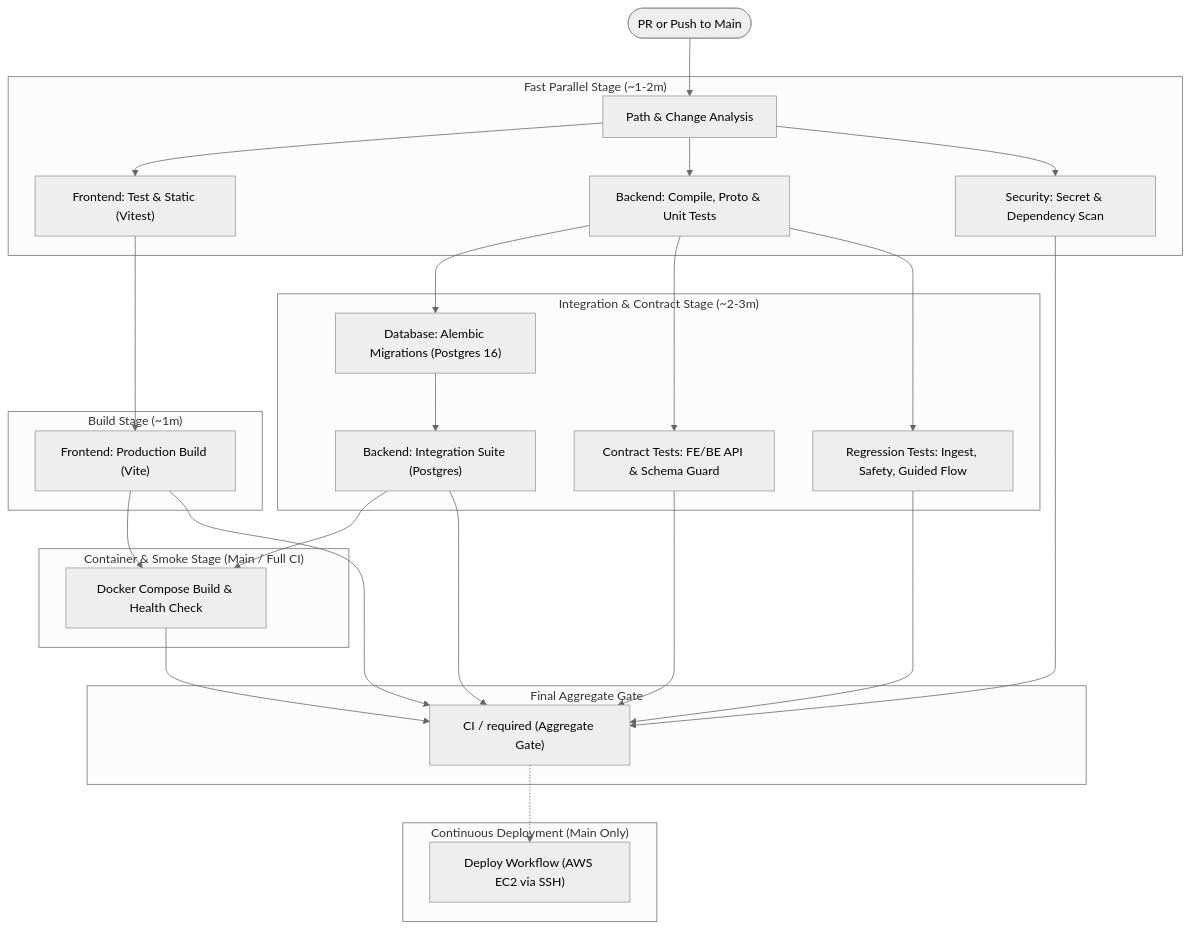
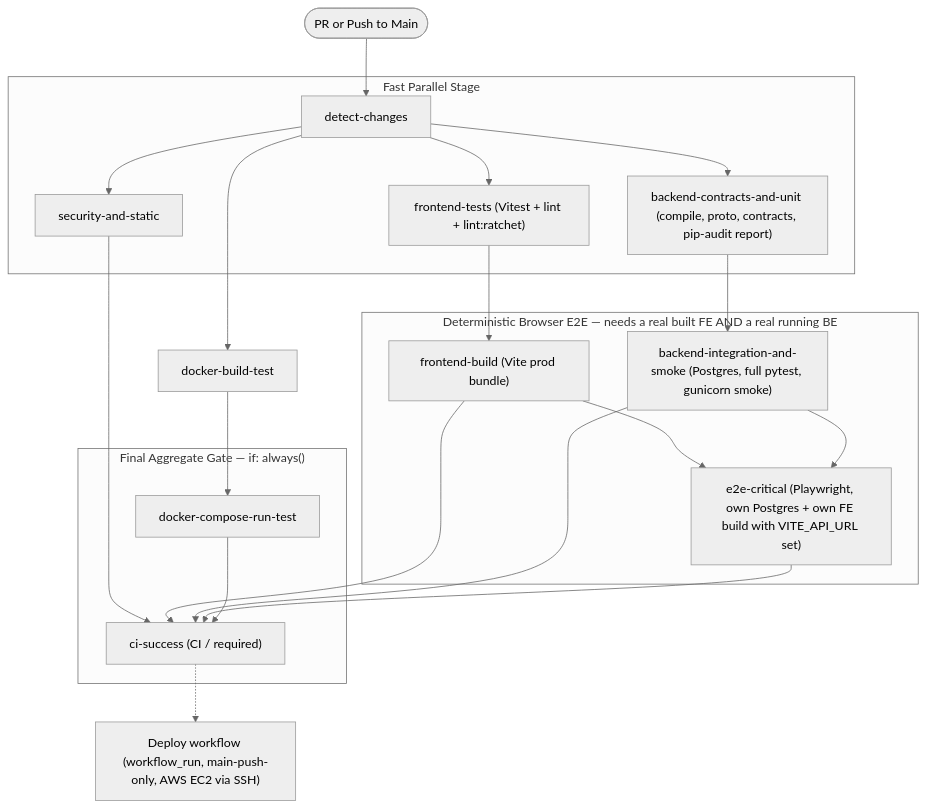
One commit to levuanh2/memvid_baocaototnghiep changed the diagram in docs/ci/CI_ARCHITECTURE.md. Above: the diagram before and after it, drawn with Mermaid (neutral theme). The commit also changed other lines of this file and 1 other file, not shown here.

First line of the commit message:
docs(ci): re-audit CI_AUDIT.md/CI_ARCHITECTURE.md against actual current files

````diff
--- a/docs/ci/CI_ARCHITECTURE.md
+++ b/docs/ci/CI_ARCHITECTURE.md
@@ -45,39 +75,31 @@
 ```mermaid
 graph TD
-    Trigger([PR or Push to Main]) --> Changes[Path & Change Analysis]
+    Trigger([PR or Push to Main]) --> Changes[detect-changes]
 
-    subgraph Fast_Parallel_Static_and_Unit ["Fast Parallel Stage (~1-2m)"]
-        Changes --> FE_StaticUnit["Frontend: Test & Static (Vitest)"]
-        Changes --> BE_StaticUnit["Backend: Compile, Proto & Unit Tests"]
-        Changes --> Security["Security: Secret & Dependency Scan"]
+    subgraph Fast_Parallel ["Fast Parallel Stage"]
+        Changes --> Security["security-and-static"]
+        Changes --> FE_Tests["frontend-tests (Vitest + lint + lint:ratchet)"]
+        Changes --> BE_Unit["backend-contracts-and-unit (compile, proto, contracts, pip-audit report)"]
     end
 
-    subgraph Build_Stage ["Build Stage (~1m)"]
-        FE_StaticUnit --> FE_Build["Frontend: Production Build (Vite)"]
+    FE_Tests --> FE_Build["frontend-build (Vite prod bundle)"]
+    BE_Unit --> BE_Integration["backend-integration-and-smoke (Postgres, full pytest, gunicorn smoke)"]
+
+    subgraph E2E_Stage ["Deterministic Browser E2E — needs a real built FE AND a real running BE"]
+        FE_Build --> E2E["e2e-critical (Playwright, own Postgres + own FE build with VITE_API_URL set)"]
+        BE_Integration --> E2E
     end
 
-    subgraph Integration_and_Contracts ["Integration & Contract Stage (~2-3m)"]
-        BE_StaticUnit --> BE_DB_Migration["Database: Alembic Migrations (Postgres 16)"]
-        BE_DB_Migration --> BE_Integration["Backend: Integration Suite (Postgres)"]
-        BE_StaticUnit --> Contract_Tests["Contract Tests: FE/BE API & Schema Guard"]
-        BE_StaticUnit --> Regression_Tests["Regression Tests: Ingest, Safety, Guided Flow"]
+    Changes --> Docker_Build["docker-build-test"]
+    Docker_Build --> Docker_Run["docker-compose-run-test"]
+
+    subgraph Aggregate_Gate ["Final Aggregate Gate — if: always()"]
+        Security --> CI_Required["ci-success (CI / required)"]
+        FE_Build --> CI_Required
+        BE_Integration --> CI_Required
+        E2E --> CI_Required
+        Docker_Run --> CI_Required
     end
 
-    subgraph Container_Verification ["Container & Smoke Stage (Main / Full CI)"]
-        FE_Build --> Docker_Build["Docker Compose Build & Health Check"]
-        BE_Integration --> Docker_Build
-    end
-
-    subgraph Aggregate_Gate ["Final Aggregate Gate"]
-        FE_Build --> CI_Required["CI / required (Aggregate Gate)"]
-        BE_Integration --> CI_Required
-        Contract_Tests --> CI_Required
-        Regression_Tests --> CI_Required
-        Docker_Build --> CI_Required
-        Security --> CI_Required
-    end
-
-    subgraph CD_Deployment ["Continuous Deployment (Main Only)"]
-        CI_Required -.-> Deploy["Deploy Workflow (AWS EC2 via SSH)"]
-    end
+    CI_Required -.-> Deploy["Deploy workflow (workflow_run, main-push-only, AWS EC2 via SSH)"]
 ```
````
